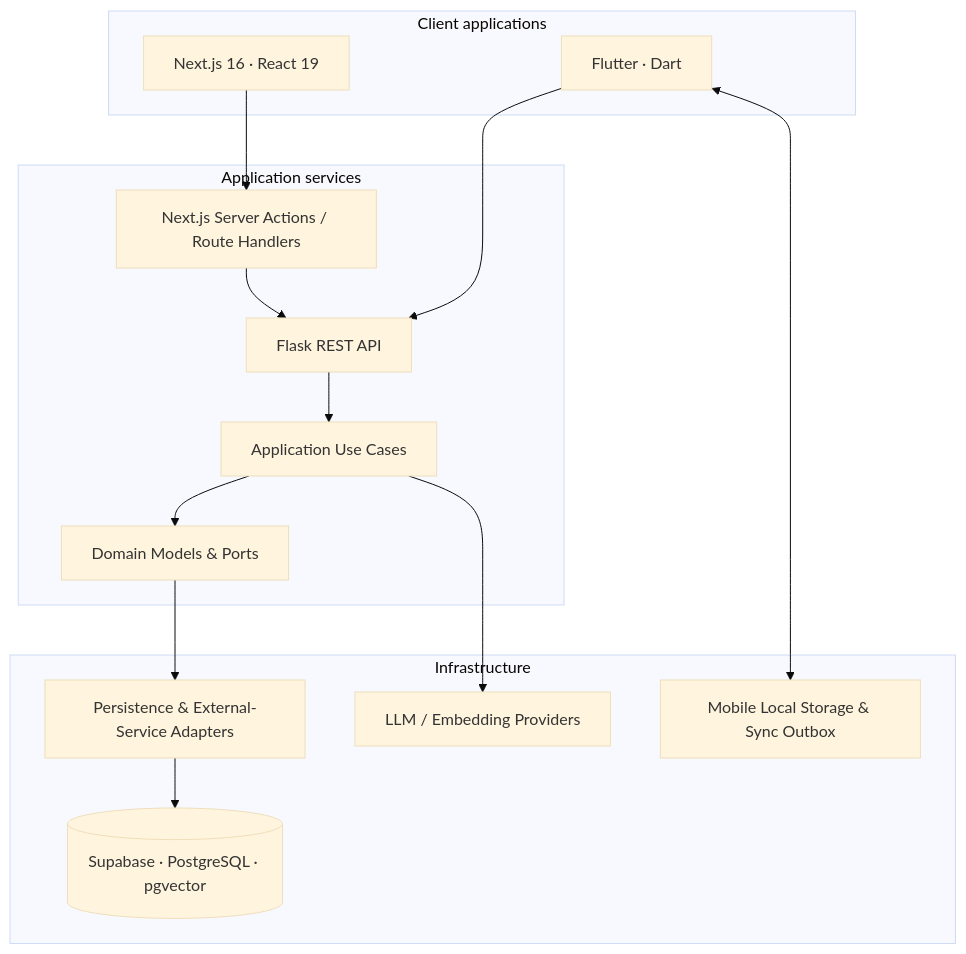
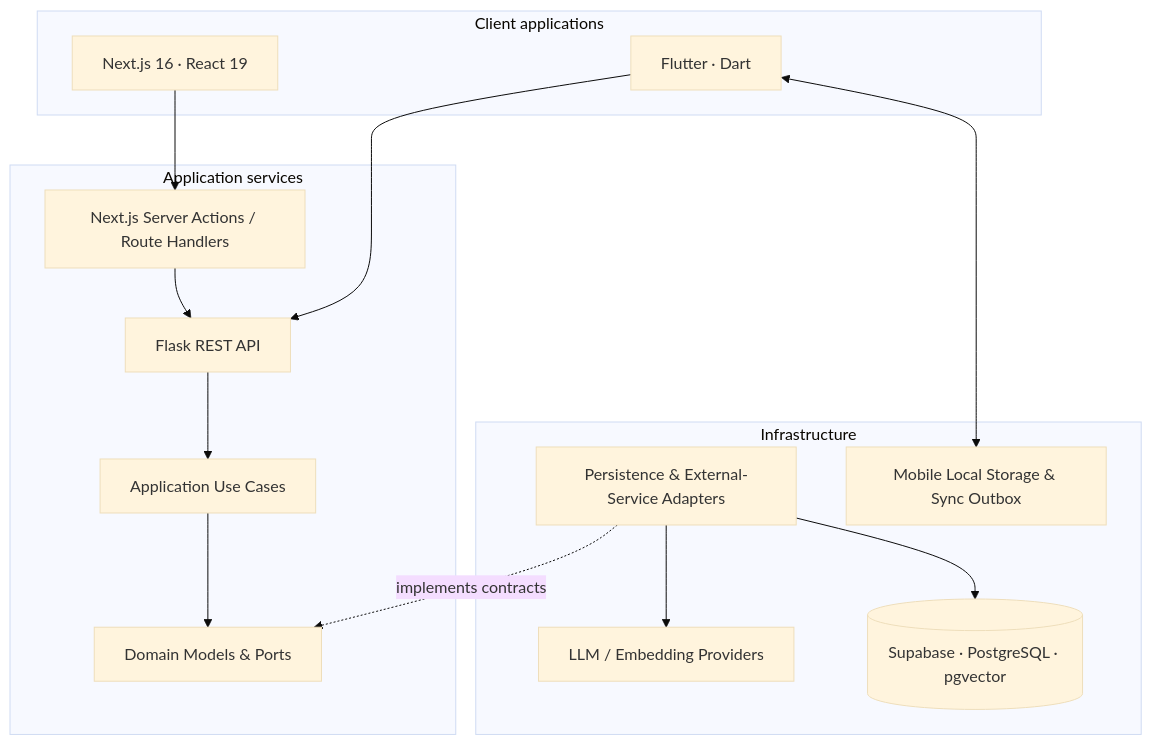
The diagram in README.md (akifkeklik/book-ai-app), drawn with Mermaid (base theme) before and after one commit. The commit also changed 1 other file, not shown here.

Commit message:
docs: clarify clean architecture dependency direction

```diff
--- a/README.md
+++ b/README.md
@@ -34,31 +34,31 @@
 ~~~mermaid
 flowchart TB
     subgraph Clients["Client applications"]
         WEB["Next.js 16 · React 19"]
         MOBILE["Flutter · Dart"]
     end
 
     subgraph Services["Application services"]
         WEB_ACTIONS["Next.js Server Actions / Route Handlers"]
         API["Flask REST API"]
         USECASES["Application Use Cases"]
         DOMAIN["Domain Models & Ports"]
     end
 
     subgraph Infrastructure["Infrastructure"]
         ADAPTERS["Persistence & External-Service Adapters"]
         AI["LLM / Embedding Providers"]
         DB[("Supabase · PostgreSQL · pgvector")]
         LOCAL["Mobile Local Storage & Sync Outbox"]
     end
 
     WEB --> WEB_ACTIONS
     WEB_ACTIONS --> API
     MOBILE --> API
     MOBILE <--> LOCAL
     API --> USECASES
     USECASES --> DOMAIN
-    DOMAIN --> ADAPTERS
+    ADAPTERS -. implements contracts .-> DOMAIN
     ADAPTERS --> DB
-    USECASES --> AI
+    ADAPTERS --> AI
 ~~~
```
